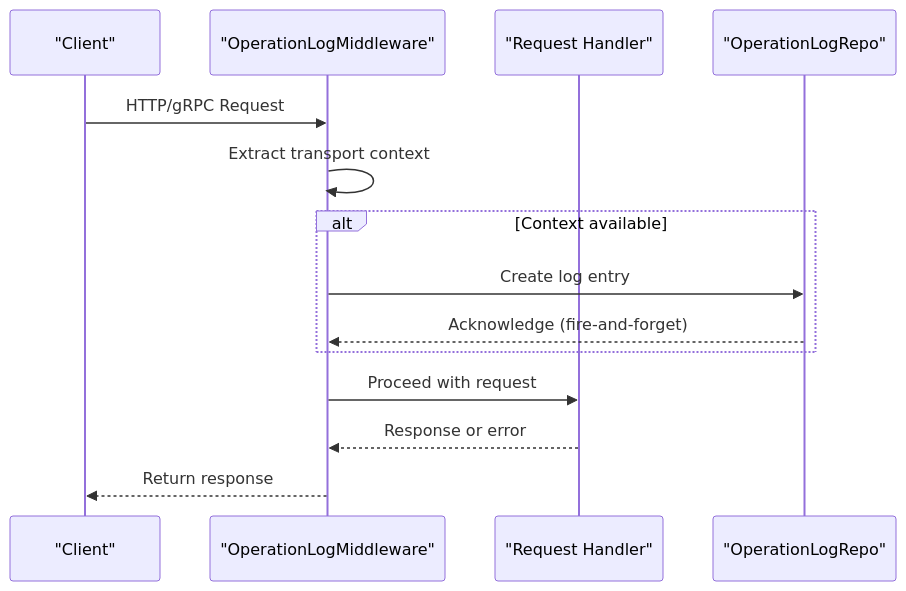
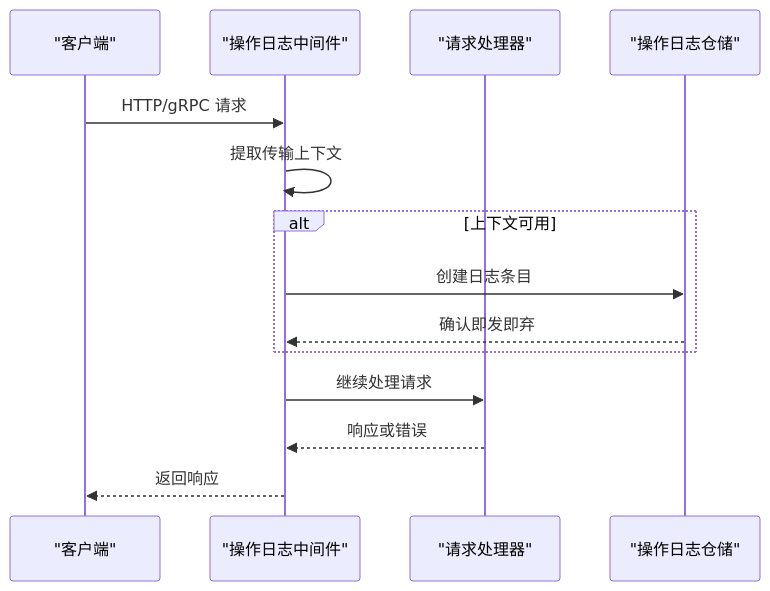
Before and after one commit to 26huitailang/kratos-boilerplate: the second of 4 diagrams in .qoder/repowiki/zh/content/Backend Services/Operation Logging.md, drawn with Mermaid. The commit also changed other lines of this file and 31 other files, not shown here.

````diff
--- a/.qoder/repowiki/zh/content/Backend Services/Operation Logging.md
+++ b/.qoder/repowiki/zh/content/Backend Services/Operation Logging.md
@@ -128,16 +136,16 @@
 ```mermaid
 sequenceDiagram
-participant Client as "Client"
-participant Middleware as "OperationLogMiddleware"
-participant Handler as "Request Handler"
-participant Repo as "OperationLogRepo"
-Client->>Middleware : HTTP/gRPC Request
-Middleware->>Middleware : Extract transport context
-alt Context available
-Middleware->>Repo : Create log entry
-Repo-->>Middleware : Acknowledge (fire-and-forget)
+participant Client as "客户端"
+participant Middleware as "操作日志中间件"
+participant Handler as "请求处理器"
+participant Repo as "操作日志仓储"
+Client->>Middleware : HTTP/gRPC 请求
+Middleware->>Middleware : 提取传输上下文
+alt 上下文可用
+Middleware->>Repo : 创建日志条目
+Repo-->>Middleware : 确认即发即弃
 end
-Middleware->>Handler : Proceed with request
-Handler-->>Middleware : Response or error
-Middleware-->>Client : Return response
+Middleware->>Handler : 继续处理请求
+Handler-->>Middleware : 响应或错误
+Middleware-->>Client : 返回响应
 ```
````
